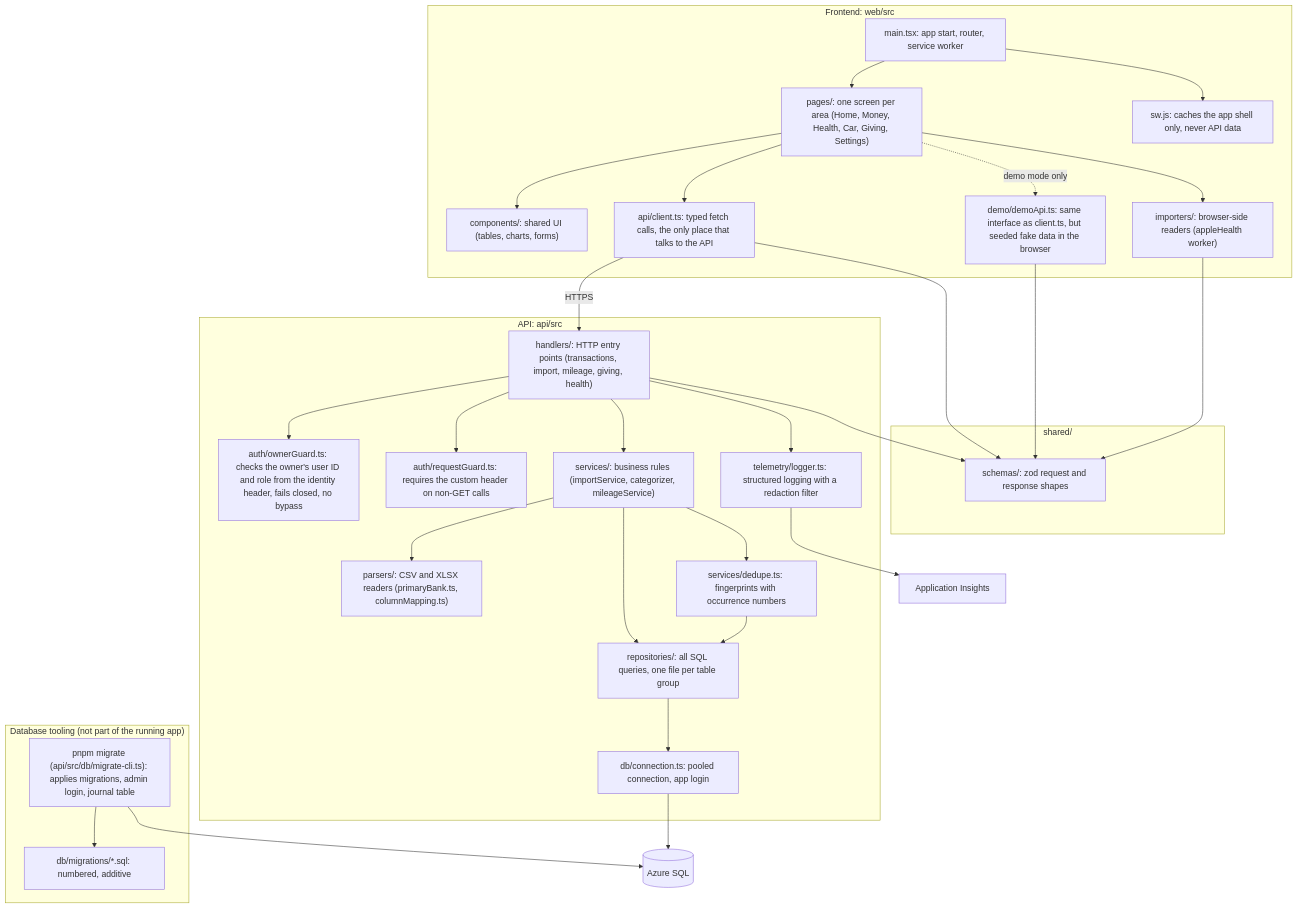
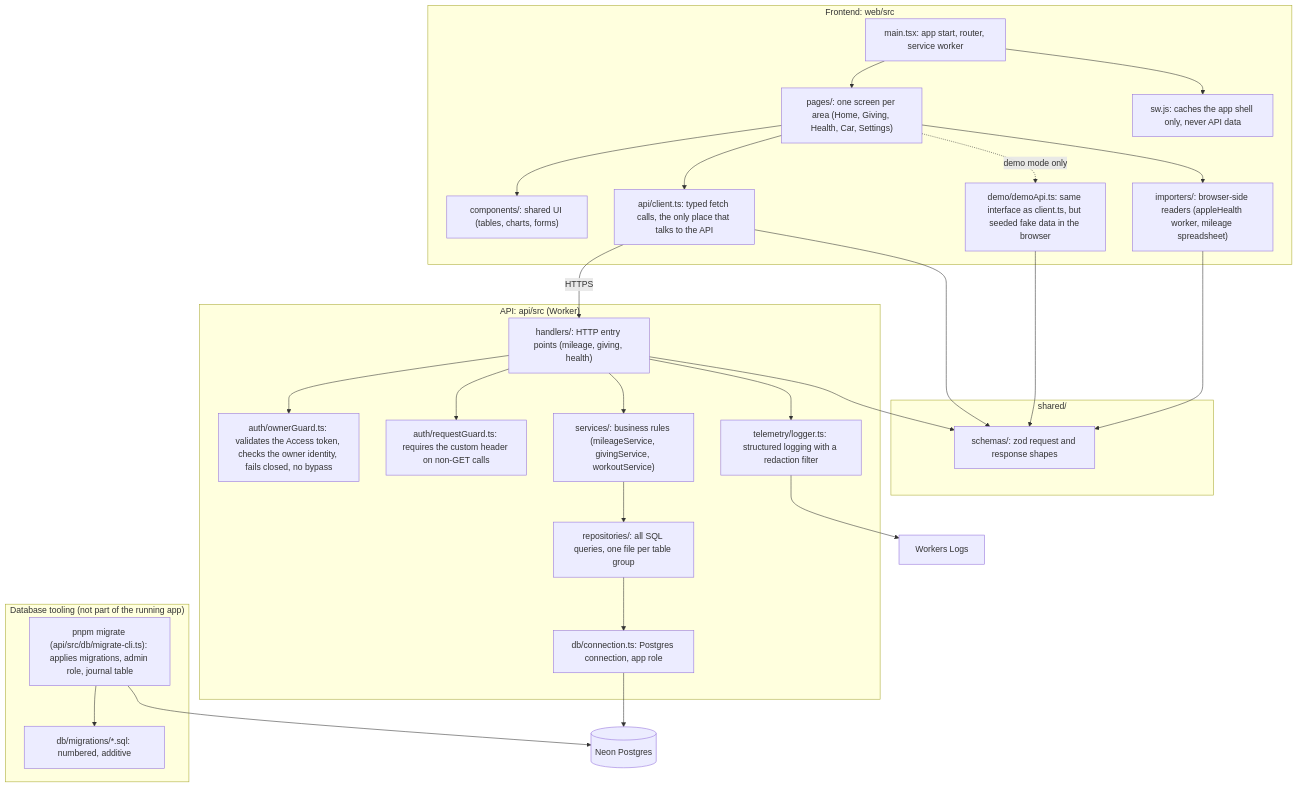
The second of 6 diagrams in ARCHITECTURE.md (githubacct54385/life-tracker), drawn with Mermaid before and after one commit. The commit also changed other lines of this file and 12 other files, not shown here.

````diff
--- a/ARCHITECTURE.md
+++ b/ARCHITECTURE.md
@@ -50,64 +53,59 @@
 ```mermaid
 flowchart TD
     subgraph shared["shared/"]
         schemas["schemas/: zod request and response shapes"]
     end
 
     subgraph web["Frontend: web/src"]
         main["main.tsx: app start, router, service worker"]
-        pages["pages/: one screen per area (Home, Money, Health, Car, Giving, Settings)"]
+        pages["pages/: one screen per area (Home, Giving, Health, Car, Settings)"]
         comps["components/: shared UI (tables, charts, forms)"]
-        importers["importers/: browser-side readers (appleHealth worker)"]
+        importers["importers/: browser-side readers (appleHealth worker, mileage spreadsheet)"]
         client["api/client.ts: typed fetch calls, the only place that talks to the API"]
         demo["demo/demoApi.ts: same interface as client.ts, but seeded fake data in the browser"]
         sw["sw.js: caches the app shell only, never API data"]
     end
 
-    subgraph fn["API: api/src"]
-        handlers["handlers/: HTTP entry points (transactions, import, mileage, giving, health)"]
-        guard["auth/ownerGuard.ts: checks the owner's user ID and role from the identity header, fails closed, no bypass"]
+    subgraph fn["API: api/src (Worker)"]
+        handlers["handlers/: HTTP entry points (mileage, giving, health)"]
+        guard["auth/ownerGuard.ts: validates the Access token, checks the owner identity, fails closed, no bypass"]
         reqguard["auth/requestGuard.ts: requires the custom header on non-GET calls"]
-        services["services/: business rules (importService, categorizer, mileageService)"]
-        parsers["parsers/: CSV and XLSX readers (primaryBank.ts, columnMapping.ts)"]
-        dedupe["services/dedupe.ts: fingerprints with occurrence numbers"]
+        services["services/: business rules (mileageService, givingService, workoutService)"]
         repos["repositories/: all SQL queries, one file per table group"]
-        db["db/connection.ts: pooled connection, app login"]
+        db["db/connection.ts: Postgres connection, app role"]
         log["telemetry/logger.ts: structured logging with a redaction filter"]
     end
 
     subgraph ops["Database tooling (not part of the running app)"]
         migrations["db/migrations/*.sql: numbered, additive"]
-        migrate["pnpm migrate (api/src/db/migrate-cli.ts): applies migrations, admin login, journal table"]
+        migrate["pnpm migrate (api/src/db/migrate-cli.ts): applies migrations, admin role, journal table"]
     end
 
-    sqldb[("Azure SQL")]
-    insights["Application Insights"]
+    pgdb[("Neon Postgres")]
+    wlogs["Workers Logs"]
 
     main --> pages
     main --> sw
     pages --> comps
     pages --> client
     pages --> importers
     pages -. "demo mode only" .-> demo
     client --> schemas
     demo --> schemas
     importers --> schemas
 
     client -- "HTTPS" --> handlers
 
     handlers --> guard
     handlers --> reqguard
     handlers --> schemas
     handlers --> services
     handlers --> log
-    services --> parsers
-    services --> dedupe
     services --> repos
-    dedupe --> repos
     repos --> db
-    db --> sqldb
-    log --> insights
+    db --> pgdb
+    log --> wlogs
 
     migrate --> migrations
-    migrate --> sqldb
+    migrate --> pgdb
 ```
````
